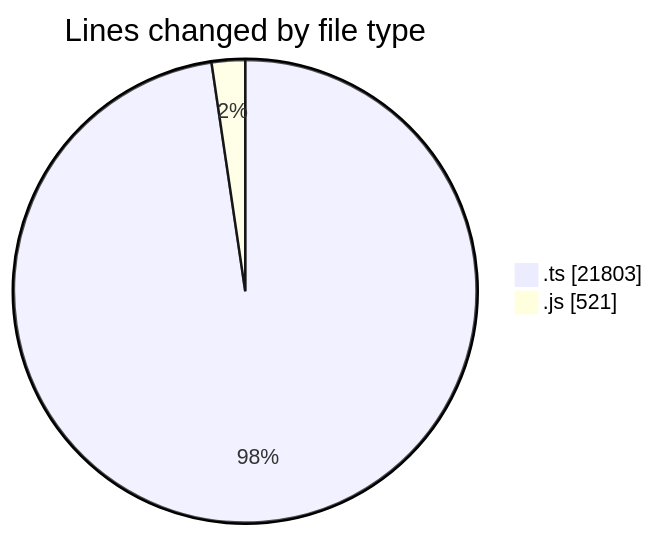
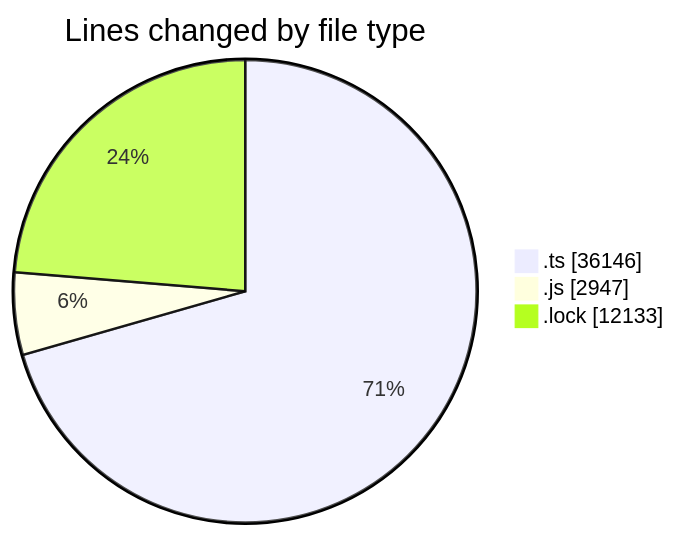
Before and after one commit to momahboobian/code-tracking: the first of 2 diagrams in 2025-08-14/cda/README.md, drawn with Mermaid. The commit also changed other lines of this file and 1 other file, not shown here.

````diff
--- a/2025-08-14/cda/README.md
+++ b/2025-08-14/cda/README.md
@@ -24,6 +32,7 @@
 ```mermaid
 pie showData
 title Lines changed by file type
-".ts" : 21803
-".js" : 521
+".ts" : 36146
+".js" : 2947
+".lock" : 12133
 ```
````
